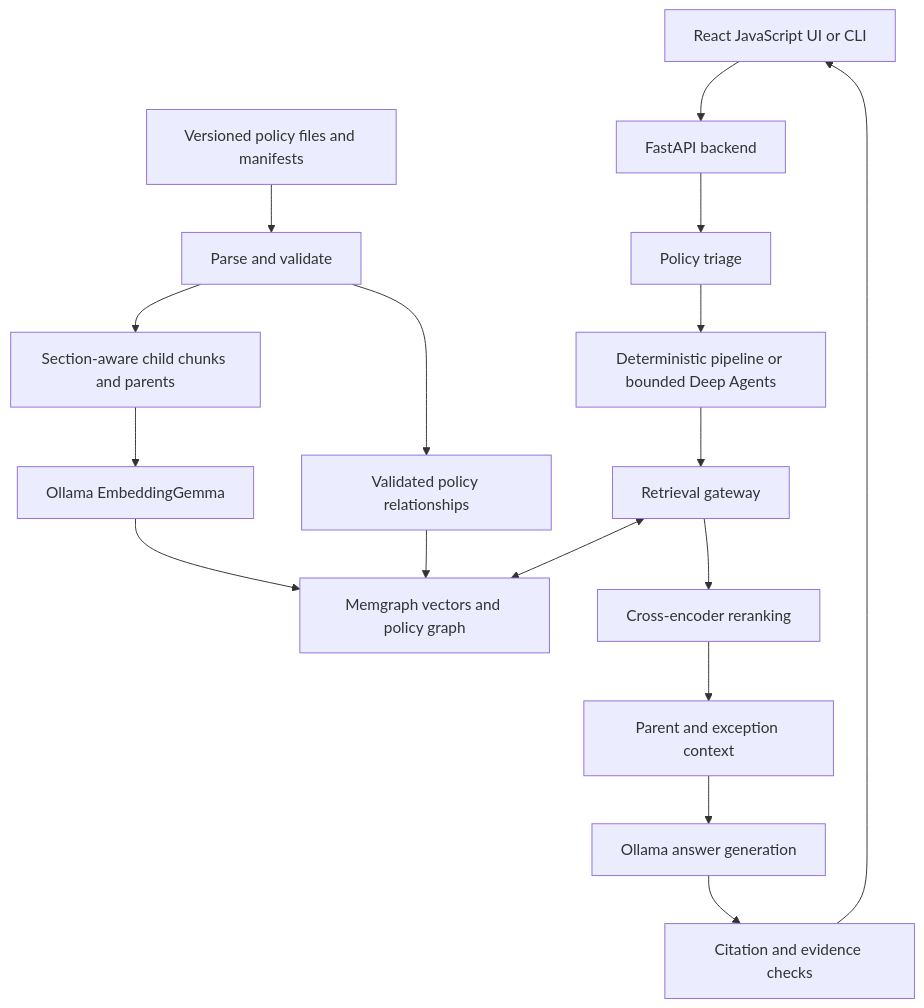
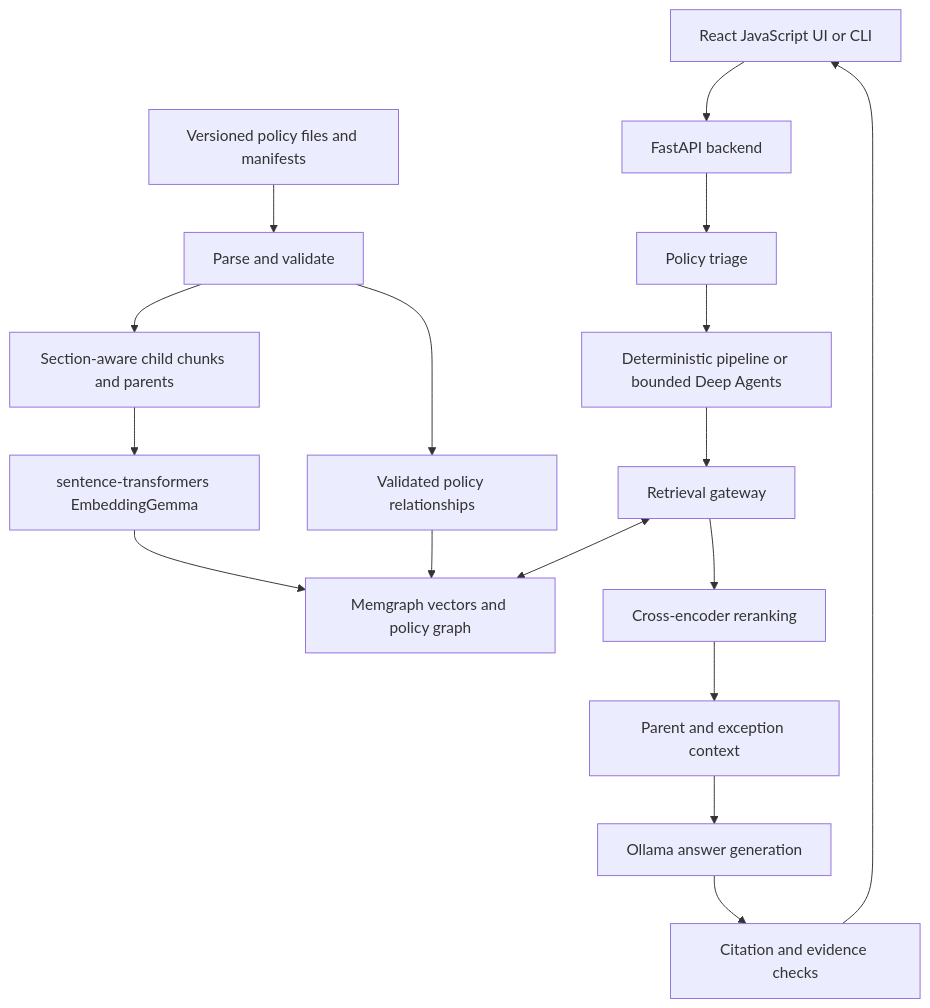
One commit to Prajwal-coforge/RAG-From-Scratch-Dual-Core changed the diagram in airport-policy-rag-spec/PROJECT_SPEC.md. Above: the diagram before and after it, drawn with Mermaid. The commit also changed other lines of this file and 13 other files, not shown here.

Commit message:
docs: plan sentence-transformers embeddings, BM25, non-gating LLM judge, and needle check

```diff
--- a/airport-policy-rag-spec/PROJECT_SPEC.md
+++ b/airport-policy-rag-spec/PROJECT_SPEC.md
@@ -120,19 +120,19 @@
 ~~~mermaid
 flowchart TD
     S[Versioned policy files and manifests] --> I[Parse and validate]
     I --> C[Section-aware child chunks and parents]
-    C --> E[Ollama EmbeddingGemma]
+    C --> E[sentence-transformers EmbeddingGemma]
     E --> M[Memgraph vectors and policy graph]
     I --> G[Validated policy relationships]
     G --> M
     U[React JavaScript UI or CLI] --> A[FastAPI backend]
     A --> T[Policy triage]
     T --> O[Deterministic pipeline or bounded Deep Agents]
     O --> R[Retrieval gateway]
     R <--> M
     R --> K[Cross-encoder reranking]
     K --> P[Parent and exception context]
     P --> L[Ollama answer generation]
     L --> V[Citation and evidence checks]
     V --> U
 ~~~
```
